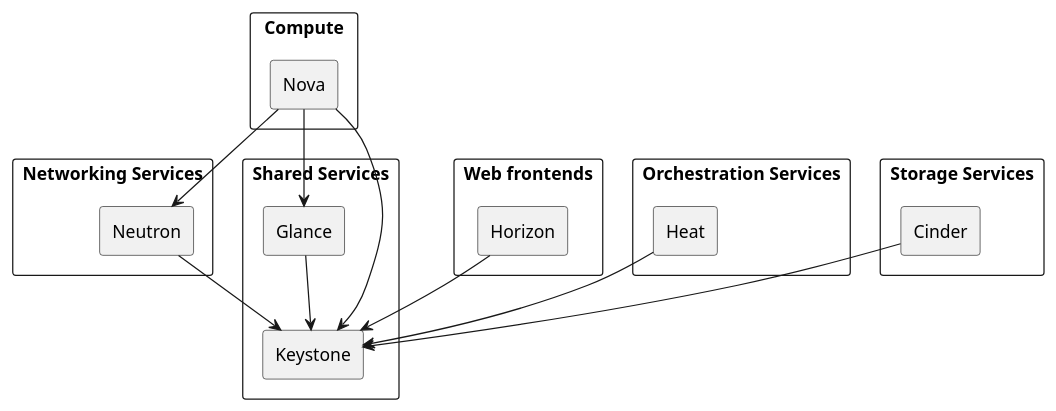
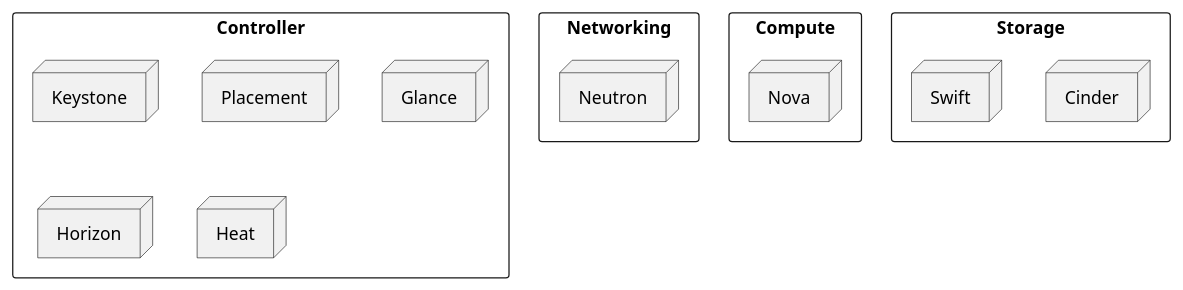
Before and after one commit to greppers/greppers.github.io: the diagram in src/docs/openstack-architecture.org, drawn with PlantUML. The commit also changed other lines of this file and 4 other files, not shown here.

```diff
--- a/src/docs/openstack-architecture.org
+++ b/src/docs/openstack-architecture.org
@@ -4,42 +4,28 @@
-#+begin_src plantuml :file ../assets/images/arch.svg :exports results
+#+begin_src plantuml :file ../../assets/images/arch.svg :exports results
 @startuml
 skinparam BackgroundColor transparent
 skinparam componentStyle rectangle
 
-component "Compute" {
-	[Nova]
+component Networking {
+	node Neutron
 }
 
-component "Web frontends" {
-	[Horizon]
+component "Compute" {
+	node Nova
 }
 
-component "Networking Services" {
-	[Neutron]
+component Controller {
+	node Nova
+	node Keystone
+	node Placement
+	node Glance
+	node Horizon
+	node Heat
 }
 
-component "Orchestration Services" {
-	[Heat]
+component "Storage" {
+	node Cinder
+	node Swift
 }
-
-component "Shared Services" {
-	[Glance]
-	[Keystone]
-	[Neutron]
-}
-
-component "Storage Services" {
-	[Cinder]
-}
-
-[Neutron] --> [Keystone]
-[Heat] --> [Keystone]
-[Glance] --> [Keystone]
-[Cinder] --> [Keystone]
-[Horizon] --> [Keystone]
-
-[Nova] --> [Keystone]
-[Nova] --> [Neutron]
-[Nova] --> [Glance]
 @enduml
 #+end_src
```
